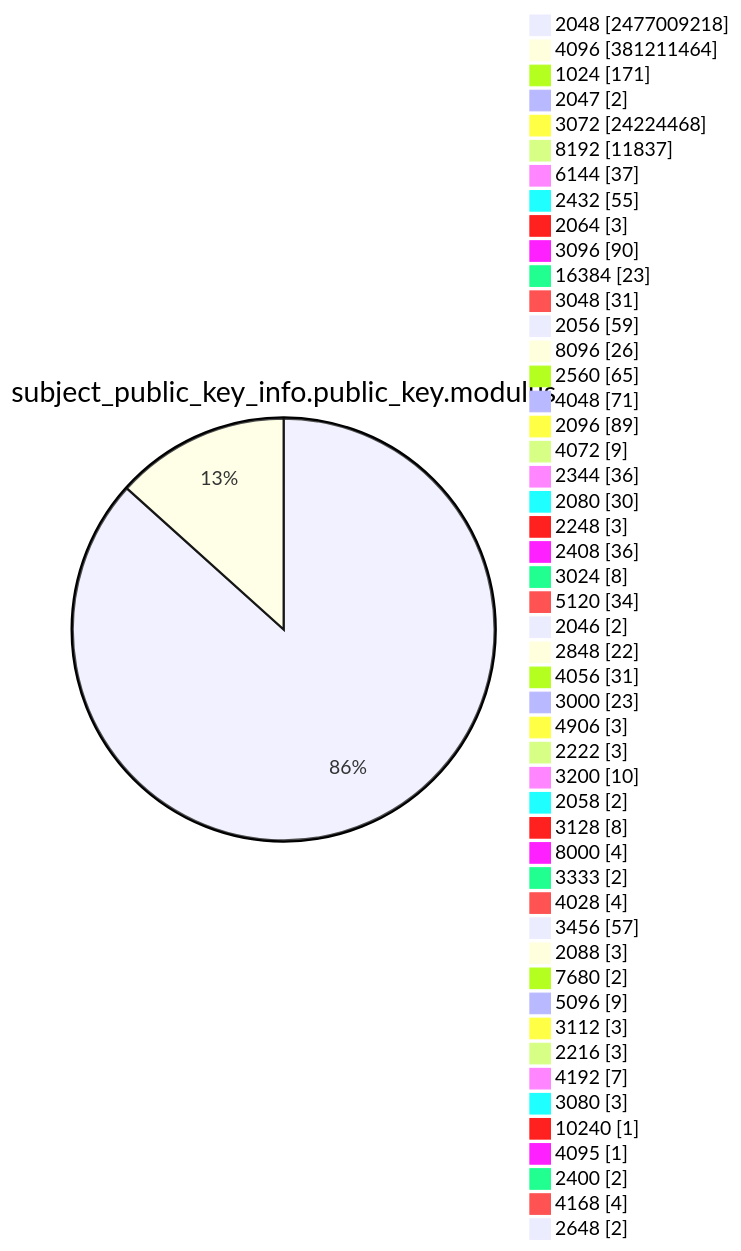
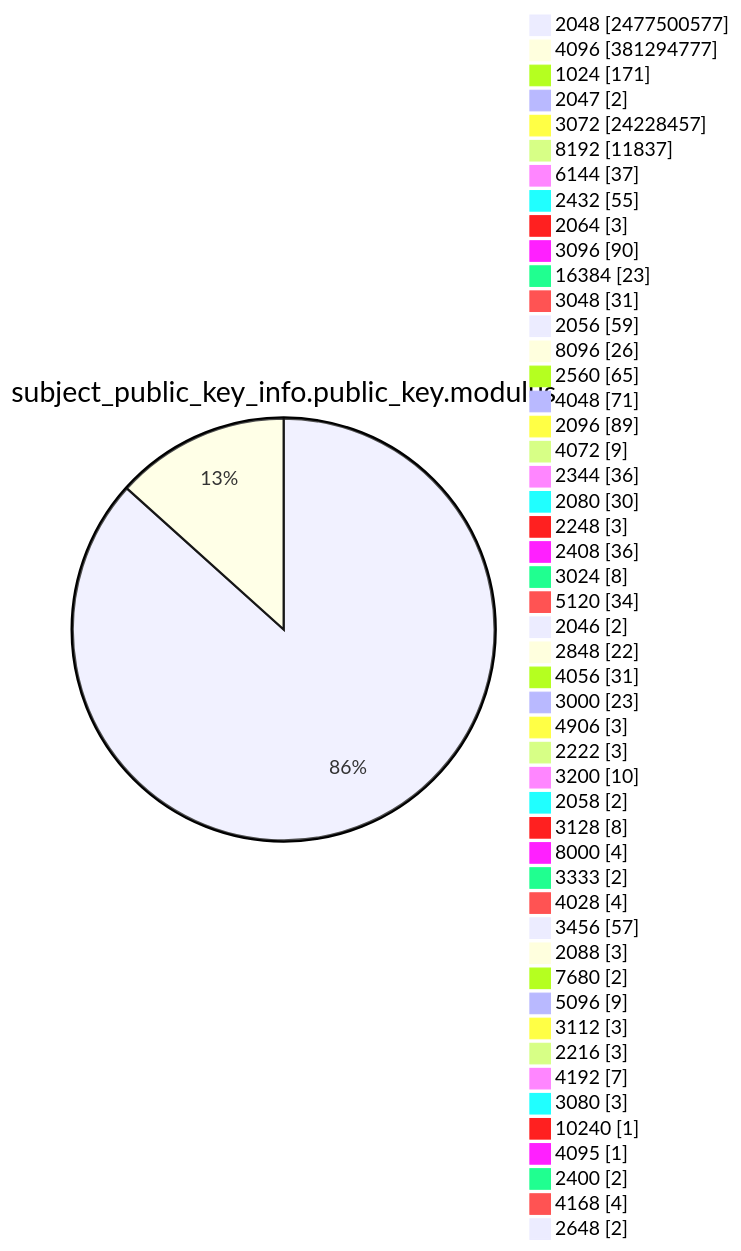
Diagram 13 of 15 in TOTAL/README.md (christiankrug/ctmonitor_visualization), drawn with Mermaid before and after one commit. The commit also changed other lines of this file, not shown here.

````diff
--- a/TOTAL/README.md
+++ b/TOTAL/README.md
@@ -4168,53 +4168,53 @@
 ```mermaid
 pie showData
 title subject_public_key_info.public_key.modulus
-"2048" :2477009218
-"4096" :381211464
+"2048" :2477500577
+"4096" :381294777
 "1024" :171
 "2047" :2
-"3072" :24224468
+"3072" :24228457
 "8192" :11837
 "6144" :37
 "2432" :55
 "2064" :3
 "3096" :90
 "16384" :23
 "3048" :31
 "2056" :59
 "8096" :26
 "2560" :65
 "4048" :71
 "2096" :89
 "4072" :9
 "2344" :36
 "2080" :30
 "2248" :3
 "2408" :36
 "3024" :8
 "5120" :34
 "2046" :2
 "2848" :22
 "4056" :31
 "3000" :23
 "4906" :3
 "2222" :3
 "3200" :10
 "2058" :2
 "3128" :8
 "8000" :4
 "3333" :2
 "4028" :4
 "3456" :57
 "2088" :3
 "7680" :2
 "5096" :9
 "3112" :3
 "2216" :3
 "4192" :7
 "3080" :3
 "10240" :1
 "4095" :1
 "2400" :2
 "4168" :4
 "2648" :2
 ```
````
